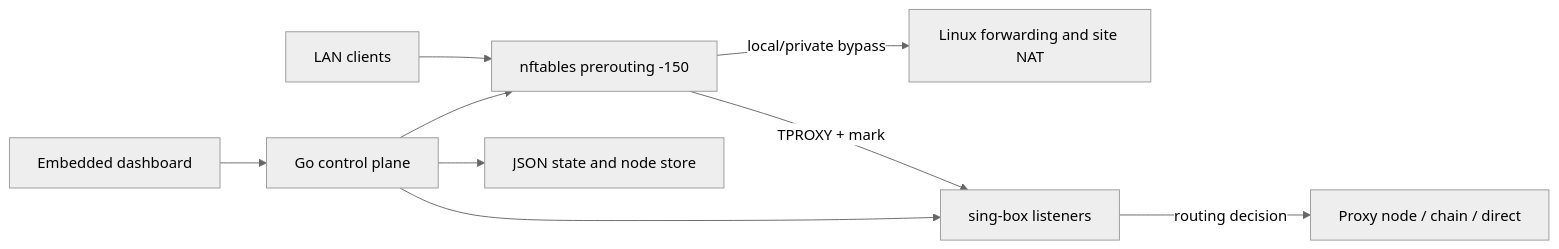
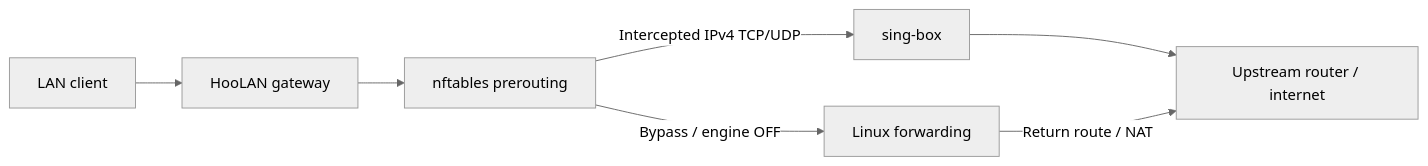
The diagram in README-fa.md (zkec/HooLAN), drawn with Mermaid (neutral theme) before and after one commit. The commit also changed other lines of this file and 88 other files, not shown here.

Commit message:
rebranded as HooLAN

````diff
--- a/README-fa.md
+++ b/README-fa.md
@@ -71,11 +47,9 @@
 ```mermaid
 flowchart LR
-  LAN[LAN clients] --> NFT[nftables prerouting -150]
-  NFT -->|local/private bypass| Router[Linux forwarding and site NAT]
-  NFT -->|TPROXY + mark| SB[sing-box listeners]
-  SB -->|routing decision| Out[Proxy node / chain / direct]
-  UI[Embedded dashboard] --> Go[Go control plane]
-  Go --> SB
-  Go --> NFT
-  Go --> State[JSON state and node store]
+  Client[LAN client] --> Pi[HooLAN gateway]
+  Pi --> Filter[nftables prerouting]
+  Filter -->|Intercepted IPv4 TCP/UDP| Engine[sing-box]
+  Filter -->|Bypass / engine OFF| Router[Linux forwarding]
+  Engine --> WAN[Upstream router / internet]
+  Router -->|Return route / NAT| WAN
 ```
````
